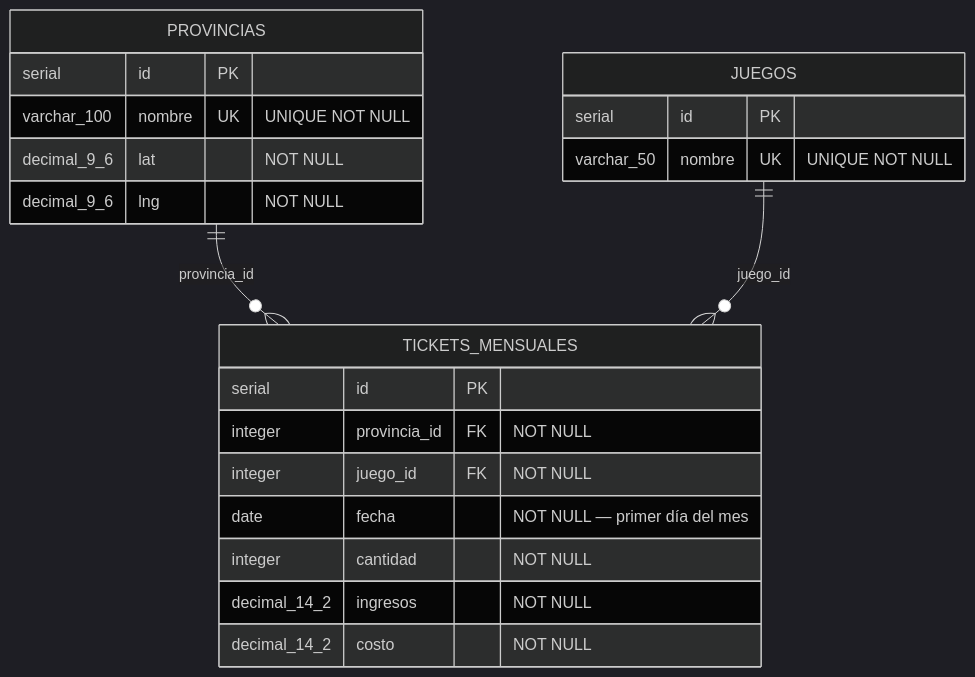
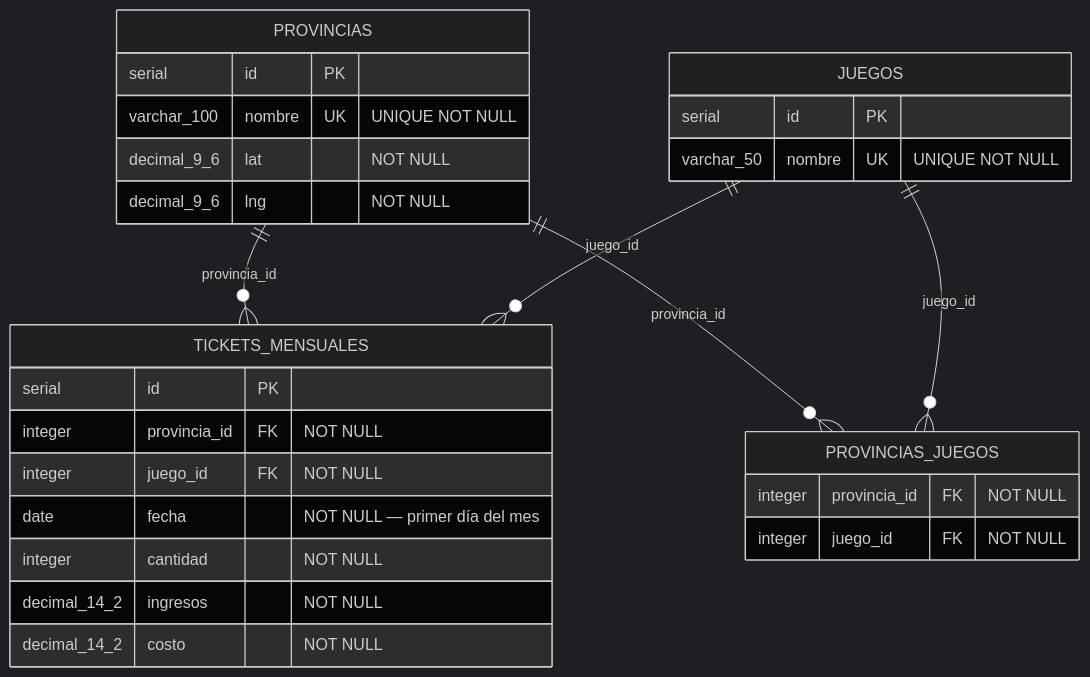
The diagram in docs/database.md (Neurus1970/betix), drawn with Mermaid (dark theme) before and after one commit. The commit also changed other lines of this file and 6 other files, not shown here.

First line of the commit message:
feat(BETIX-32): agregar tabla provincias_juegos y endpoint /provincias_juegos

````diff
--- a/docs/database.md
+++ b/docs/database.md
@@ -19,25 +19,32 @@
 ```mermaid
 erDiagram
     PROVINCIAS {
         serial      id      PK
         varchar_100 nombre  UK "UNIQUE NOT NULL"
         decimal_9_6 lat        "NOT NULL"
         decimal_9_6 lng        "NOT NULL"
     }
     JUEGOS {
         serial     id      PK
         varchar_50 nombre  UK "UNIQUE NOT NULL"
     }
     TICKETS_MENSUALES {
         serial       id           PK
         integer      provincia_id FK "NOT NULL"
         integer      juego_id     FK "NOT NULL"
         date         fecha           "NOT NULL — primer día del mes"
         integer      cantidad        "NOT NULL"
         decimal_14_2 ingresos        "NOT NULL"
         decimal_14_2 costo           "NOT NULL"
     }
 
+    PROVINCIAS_JUEGOS {
+        integer provincia_id FK "NOT NULL"
+        integer juego_id     FK "NOT NULL"
+    }
+
     PROVINCIAS ||--o{ TICKETS_MENSUALES : "provincia_id"
     JUEGOS     ||--o{ TICKETS_MENSUALES : "juego_id"
+    PROVINCIAS ||--o{ PROVINCIAS_JUEGOS : "provincia_id"
+    JUEGOS     ||--o{ PROVINCIAS_JUEGOS : "juego_id"
 ```
````
